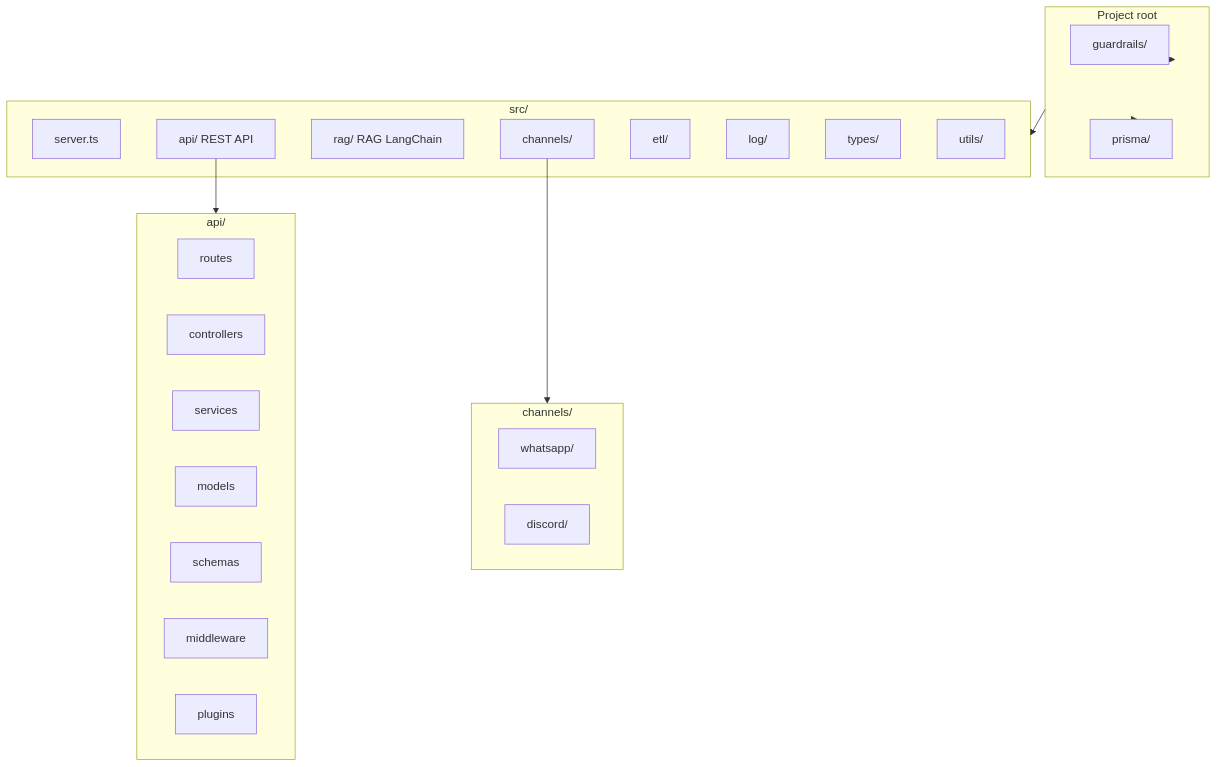
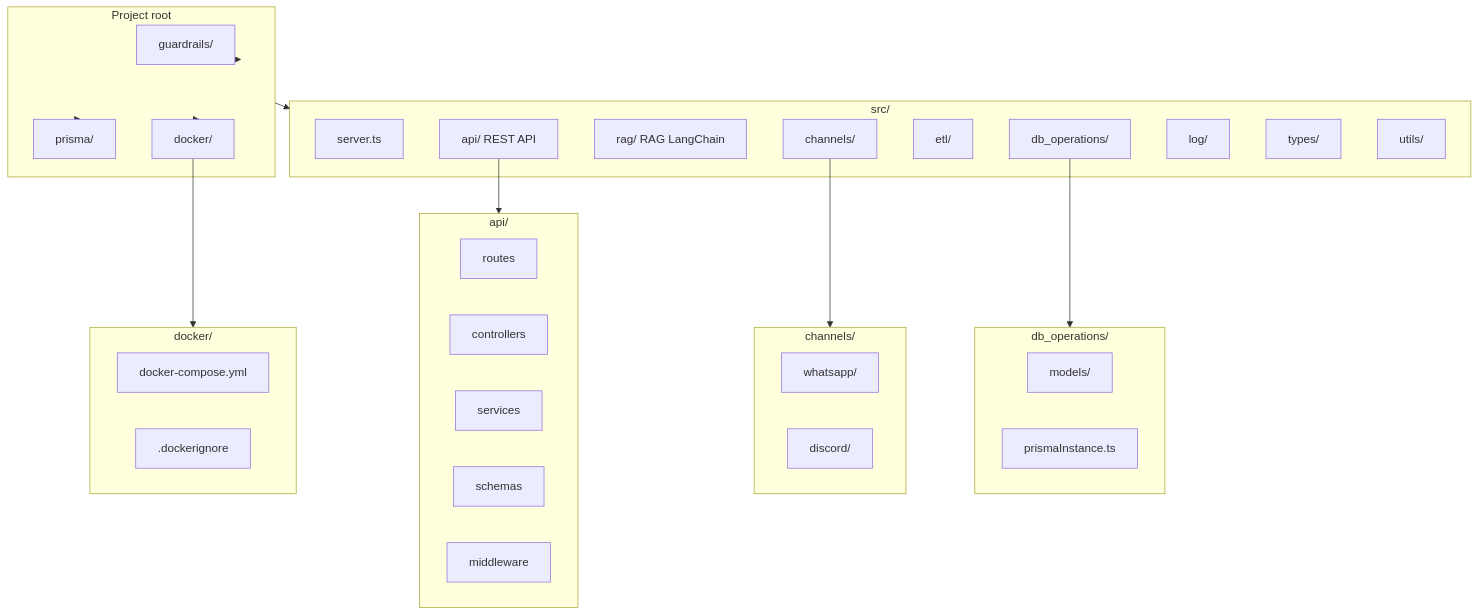
Before and after one commit to sorocode-comunidade/swanytello: the second of 3 diagrams in README.md, drawn with Mermaid. The commit also changed other lines of this file and 10 other files, not shown here.

Commit message:
moved all docker related files to a docker folder at root, added alias tips usage for docker commands and updated all mermaids to reflect the actual project structure

````diff
--- a/README.md
+++ b/README.md
@@ -95,39 +103,52 @@
 ```mermaid
 flowchart TB
   subgraph root [Project root]
     guardrails[guardrails/]
     prisma_root[prisma/]
+    docker[docker/]
   end
 
   subgraph src_content [src/]
     server[server.ts]
     api[api/ REST API]
     rag[rag/ RAG LangChain]
     channels[channels/]
     etl[etl/]
+    db_ops[db_operations/]
     log[log/]
     types[types/]
     utils[utils/]
   end
 
   subgraph api_detail [api/]
     routes[routes]
     controllers[controllers]
     services[services]
-    models[models]
     schemas[schemas]
     middleware[middleware]
-    plugins[plugins]
   end
 
   subgraph channels_detail [channels/]
     whatsapp[whatsapp/]
     discord[discord/]
   end
 
+  subgraph db_ops_detail [db_operations/]
+    models[models/]
+    prisma[prismaInstance.ts]
+  end
+
+  subgraph docker_detail [docker/]
+    compose[docker-compose.yml]
+    dockerignore[.dockerignore]
+  end
+
   root --> guardrails
   root --> prisma_root
+  root --> docker
   root --> src_content
   api --> api_detail
   channels --> channels_detail
+  db_ops --> db_ops_detail
+  docker --> docker_detail
 ```
````
